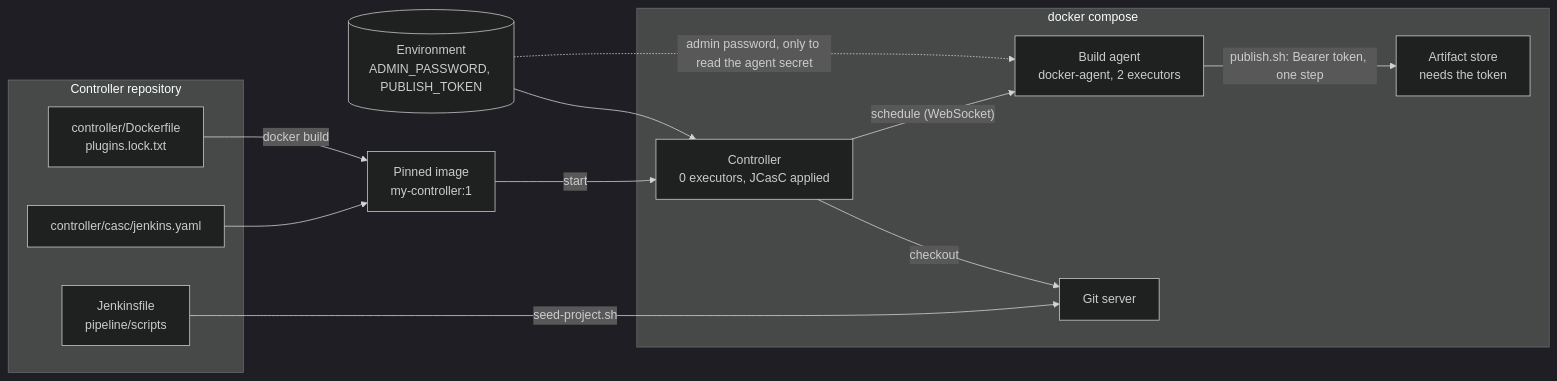
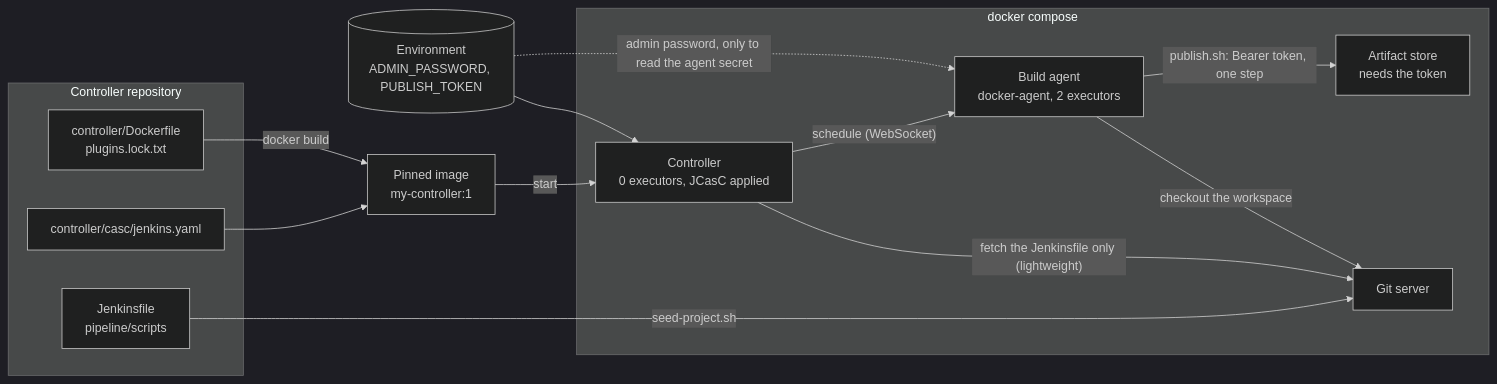
The diagram in ARCHITECTURE.md (plainround-projects/jenkins-controller-as-code), drawn with Mermaid (dark theme) before and after one commit. The commit also changed other lines of this file and 1 other file, not shown here.

Commit message:
docs: align the architecture notes with the code

````diff
--- a/ARCHITECTURE.md
+++ b/ARCHITECTURE.md
@@ -32,25 +32,26 @@
 ```mermaid
 flowchart LR
     subgraph git["Controller repository"]
         dockerfile["controller/Dockerfile<br/>plugins.lock.txt"]
         casc["controller/casc/jenkins.yaml"]
         jf["Jenkinsfile<br/>pipeline/scripts"]
     end
     env[("Environment<br/>ADMIN_PASSWORD, PUBLISH_TOKEN")]
     img["Pinned image<br/>my-controller:1"]
     subgraph compose["docker compose"]
         ctrl["Controller<br/>0 executors, JCasC applied"]
         agent["Build agent<br/>docker-agent, 2 executors"]
         gitsrv["Git server"]
         sink["Artifact store<br/>needs the token"]
     end
     dockerfile -- "docker build" --> img
     casc --> img
     img -- "start" --> ctrl
     env --> ctrl
     env -. "admin password, only to read the agent secret" .-> agent
     jf -- "seed-project.sh" --> gitsrv
-    ctrl -- "checkout" --> gitsrv
+    ctrl -- "fetch the Jenkinsfile only (lightweight)" --> gitsrv
+    agent -- "checkout the workspace" --> gitsrv
     ctrl -- "schedule (WebSocket)" --> agent
     agent -- "publish.sh: Bearer token, one step" --> sink
 ```
````
